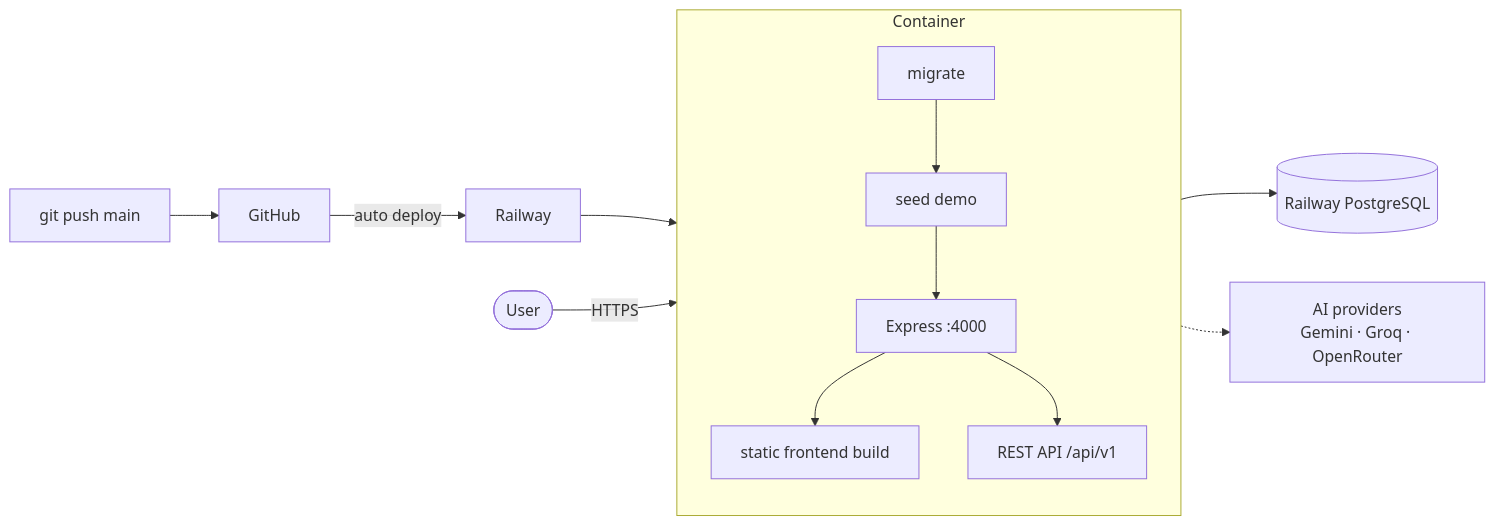
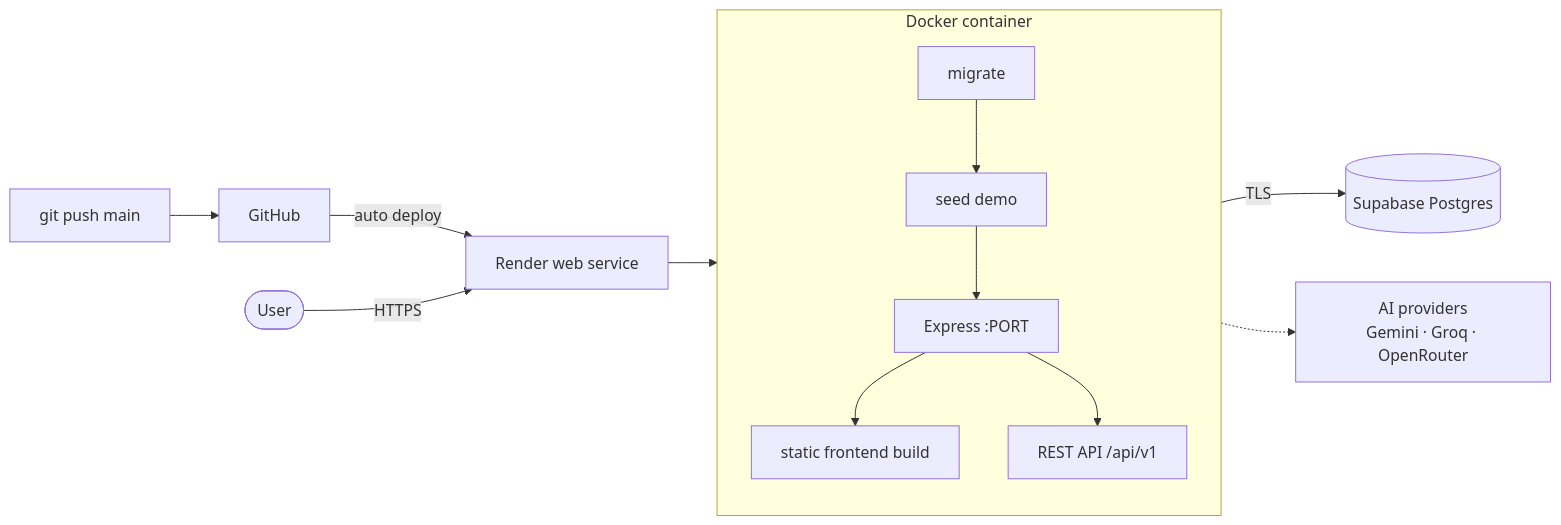
The tenth of 10 diagrams in README.md (me-adityaraj8/career-os), drawn with Mermaid before and after one commit. The commit also changed other lines of this file and 6 other files, not shown here.

First line of the commit message:
Prepare production deployment for Render + Supabase

````diff
--- a/README.md
+++ b/README.md
@@ -628,15 +630,15 @@
 ```mermaid
 graph LR
     Dev[git push main] --> GH[GitHub]
-    GH -->|auto deploy| RW[Railway]
-    subgraph C[Container]
+    GH -->|auto deploy| RN[Render web service]
+    subgraph C[Docker container]
         direction TB
-        MIG[migrate] --> SEED[seed demo] --> SRV[Express :4000]
+        MIG[migrate] --> SEED[seed demo] --> SRV[Express :PORT]
         SRV --> ST[static frontend build]
         SRV --> API[REST API /api/v1]
     end
-    RW --> C
-    API --> PG[(Railway PostgreSQL)]
+    RN --> C
+    API -->|TLS| PG[(Supabase Postgres)]
     API -.-> AI[AI providers<br/>Gemini · Groq · OpenRouter]
-    User([User]) -->|HTTPS| C
+    User([User]) -->|HTTPS| RN
 ```
````
